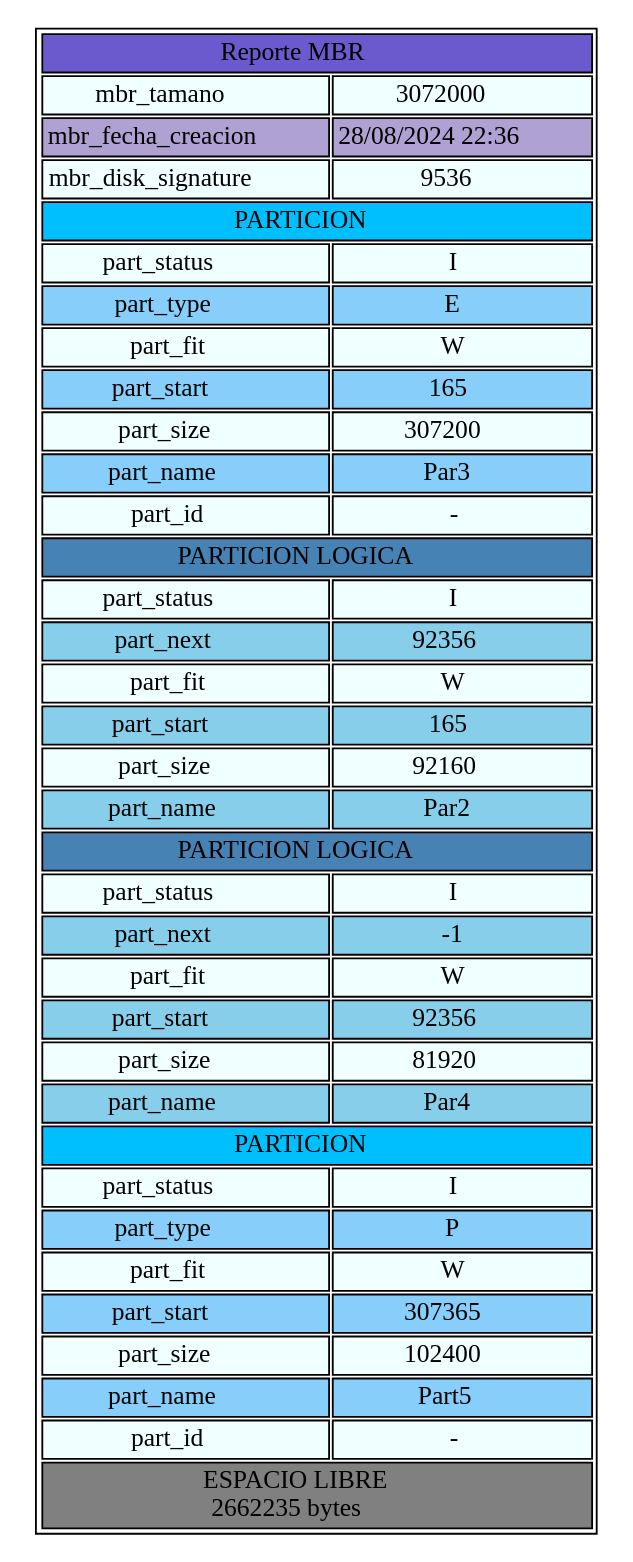
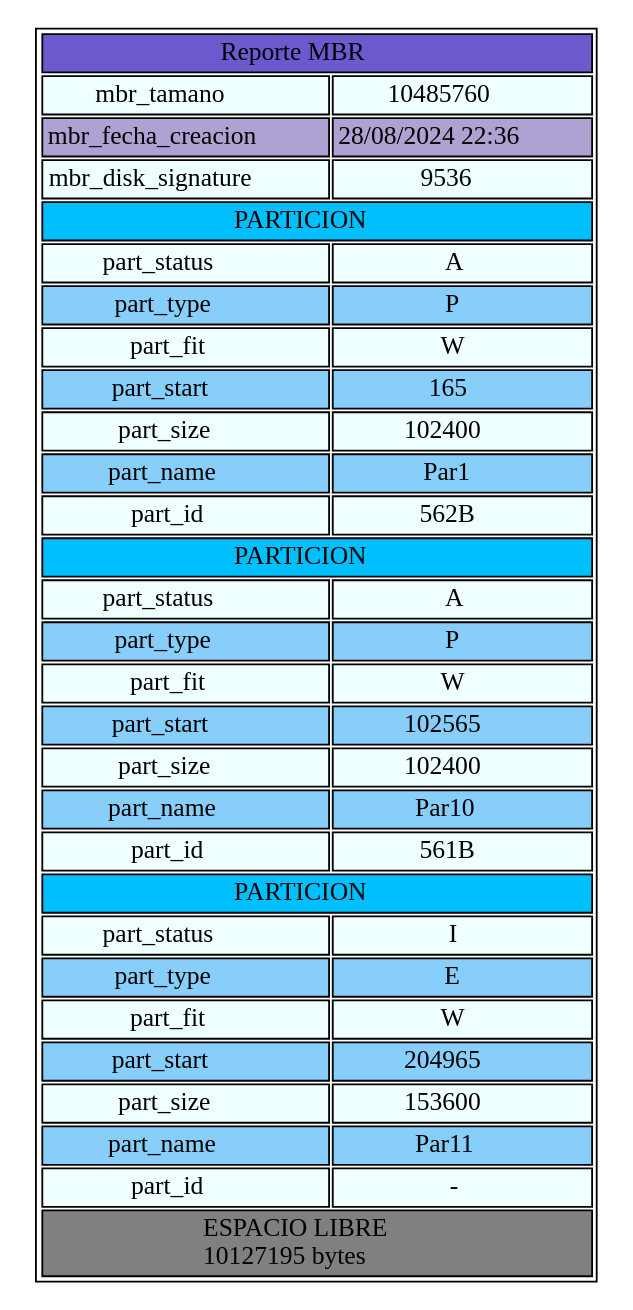
One commit to KimberlyEstupe/MIA_2S_P1_201513656 changed the diagram in Resultados/reports/reporte2.dot. Above: the diagram before and after it, drawn with Graphviz. The commit also changed 19 other files, not shown here.

```diff
--- a/Resultados/reports/reporte2.dot
+++ b/Resultados/reports/reporte2.dot
@@ -1,139 +1,116 @@
 digraph { 
 node [ shape=none ] 
 TablaReportNodo [ label = < <table border="1"> 
  <tr>
   <td bgcolor='SlateBlue' COLSPAN="2"> Reporte MBR </td> 
  </tr> 
  <tr>
   <td bgcolor='Azure'> mbr_tamano </td> 
-  <td bgcolor='Azure'> 3072000 </td> 
+  <td bgcolor='Azure'> 10485760 </td> 
  </tr> 
  <tr>
   <td bgcolor='#AFA1D1'> mbr_fecha_creacion </td> 
   <td bgcolor='#AFA1D1'> 28/08/2024 22:36 </td> 
  </tr> 
  <tr>
   <td bgcolor='Azure'> mbr_disk_signature </td> 
   <td bgcolor='Azure'> 9536 </td> 
  </tr>  
+ <tr>
+  <td bgcolor='DeepSkyBlue' COLSPAN="2"> PARTICION </td> 
+ </tr> 
+ <tr>
+  <td bgcolor='Azure'> part_status </td> 
+  <td bgcolor='Azure'> A </td> 
+ </tr> 
+ <tr>
+  <td bgcolor='LightSkyBlue'> part_type </td> 
+  <td bgcolor='LightSkyBlue'> P </td> 
+ </tr> 
+ <tr>
+  <td bgcolor='Azure'> part_fit </td> 
+  <td bgcolor='Azure'> W </td> 
+ </tr> 
+ <tr>
+  <td bgcolor='LightSkyBlue'> part_start </td> 
+  <td bgcolor='LightSkyBlue'> 165 </td> 
+ </tr> 
+ <tr>
+  <td bgcolor='Azure'> part_size </td> 
+  <td bgcolor='Azure'> 102400 </td> 
+ </tr> 
+ <tr>
+  <td bgcolor='LightSkyBlue'> part_name </td> 
+  <td bgcolor='LightSkyBlue'> Par1 </td> 
+ </tr> 
+ <tr>
+  <td bgcolor='Azure'> part_id </td> 
+  <td bgcolor='Azure'> 562B </td> 
+ </tr> 
+ <tr>
+  <td bgcolor='DeepSkyBlue' COLSPAN="2"> PARTICION </td> 
+ </tr> 
+ <tr>
+  <td bgcolor='Azure'> part_status </td> 
+  <td bgcolor='Azure'> A </td> 
+ </tr> 
+ <tr>
+  <td bgcolor='LightSkyBlue'> part_type </td> 
+  <td bgcolor='LightSkyBlue'> P </td> 
+ </tr> 
+ <tr>
+  <td bgcolor='Azure'> part_fit </td> 
+  <td bgcolor='Azure'> W </td> 
+ </tr> 
+ <tr>
+  <td bgcolor='LightSkyBlue'> part_start </td> 
+  <td bgcolor='LightSkyBlue'> 102565 </td> 
+ </tr> 
+ <tr>
+  <td bgcolor='Azure'> part_size </td> 
+  <td bgcolor='Azure'> 102400 </td> 
+ </tr> 
+ <tr>
+  <td bgcolor='LightSkyBlue'> part_name </td> 
+  <td bgcolor='LightSkyBlue'> Par10 </td> 
+ </tr> 
+ <tr>
+  <td bgcolor='Azure'> part_id </td> 
+  <td bgcolor='Azure'> 561B </td> 
+ </tr> 
  <tr>
   <td bgcolor='DeepSkyBlue' COLSPAN="2"> PARTICION </td> 
  </tr> 
  <tr>
   <td bgcolor='Azure'> part_status </td> 
   <td bgcolor='Azure'> I </td> 
  </tr> 
  <tr>
   <td bgcolor='LightSkyBlue'> part_type </td> 
   <td bgcolor='LightSkyBlue'> E </td> 
  </tr> 
  <tr>
   <td bgcolor='Azure'> part_fit </td> 
   <td bgcolor='Azure'> W </td> 
  </tr> 
  <tr>
   <td bgcolor='LightSkyBlue'> part_start </td> 
-  <td bgcolor='LightSkyBlue'> 165 </td> 
+  <td bgcolor='LightSkyBlue'> 204965 </td> 
  </tr> 
  <tr>
   <td bgcolor='Azure'> part_size </td> 
-  <td bgcolor='Azure'> 307200 </td> 
+  <td bgcolor='Azure'> 153600 </td> 
  </tr> 
  <tr>
   <td bgcolor='LightSkyBlue'> part_name </td> 
-  <td bgcolor='LightSkyBlue'> Par3 </td> 
+  <td bgcolor='LightSkyBlue'> Par11 </td> 
  </tr> 
  <tr>
   <td bgcolor='Azure'> part_id </td> 
   <td bgcolor='Azure'> - </td> 
  </tr> 
  <tr>
-  <td bgcolor='SteelBlue' COLSPAN="2"> PARTICION LOGICA </td> 
- </tr> 
- <tr>
-  <td bgcolor='Azure'> part_status </td> 
-  <td bgcolor='Azure'> I </td> 
- </tr> 
- <tr>
-  <td bgcolor='SkyBlue'> part_next </td> 
-  <td bgcolor='SkyBlue'> 92356 </td> 
- </tr> 
- <tr>
-  <td bgcolor='Azure'> part_fit </td> 
-  <td bgcolor='Azure'> W </td> 
- </tr> 
- <tr>
-  <td bgcolor='SkyBlue'> part_start </td> 
-  <td bgcolor='SkyBlue'> 165 </td> 
- </tr> 
- <tr>
-  <td bgcolor='Azure'> part_size </td> 
-  <td bgcolor='Azure'> 92160 </td> 
- </tr> 
- <tr>
-  <td bgcolor='SkyBlue'> part_name </td> 
-  <td bgcolor='SkyBlue'> Par2 </td> 
- </tr> 
- <tr>
-  <td bgcolor='SteelBlue' COLSPAN="2"> PARTICION LOGICA </td> 
- </tr> 
- <tr>
-  <td bgcolor='Azure'> part_status </td> 
-  <td bgcolor='Azure'> I </td> 
- </tr> 
- <tr>
-  <td bgcolor='SkyBlue'> part_next </td> 
-  <td bgcolor='SkyBlue'> -1 </td> 
- </tr> 
- <tr>
-  <td bgcolor='Azure'> part_fit </td> 
-  <td bgcolor='Azure'> W </td> 
- </tr> 
- <tr>
-  <td bgcolor='SkyBlue'> part_start </td> 
-  <td bgcolor='SkyBlue'> 92356 </td> 
- </tr> 
- <tr>
-  <td bgcolor='Azure'> part_size </td> 
-  <td bgcolor='Azure'> 81920 </td> 
- </tr> 
- <tr>
-  <td bgcolor='SkyBlue'> part_name </td> 
-  <td bgcolor='SkyBlue'> Par4 </td> 
- </tr> 
- <tr>
-  <td bgcolor='DeepSkyBlue' COLSPAN="2"> PARTICION </td> 
- </tr> 
- <tr>
-  <td bgcolor='Azure'> part_status </td> 
-  <td bgcolor='Azure'> I </td> 
- </tr> 
- <tr>
-  <td bgcolor='LightSkyBlue'> part_type </td> 
-  <td bgcolor='LightSkyBlue'> P </td> 
- </tr> 
- <tr>
-  <td bgcolor='Azure'> part_fit </td> 
-  <td bgcolor='Azure'> W </td> 
- </tr> 
- <tr>
-  <td bgcolor='LightSkyBlue'> part_start </td> 
-  <td bgcolor='LightSkyBlue'> 307365 </td> 
- </tr> 
- <tr>
-  <td bgcolor='Azure'> part_size </td> 
-  <td bgcolor='Azure'> 102400 </td> 
- </tr> 
- <tr>
-  <td bgcolor='LightSkyBlue'> part_name </td> 
-  <td bgcolor='LightSkyBlue'> Part5 </td> 
- </tr> 
- <tr>
-  <td bgcolor='Azure'> part_id </td> 
-  <td bgcolor='Azure'> - </td> 
- </tr> 
- <tr>
-  <td bgcolor='#808080' COLSPAN="2"> ESPACIO LIBRE <br/> 2662235 bytes </td> 
+  <td bgcolor='#808080' COLSPAN="2"> ESPACIO LIBRE <br/> 10127195 bytes </td> 
  </tr> 
 </table> > ]
 }
```
